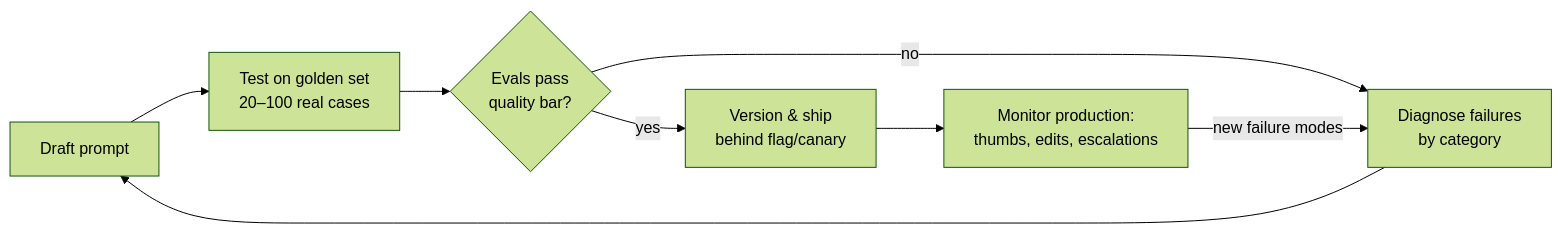
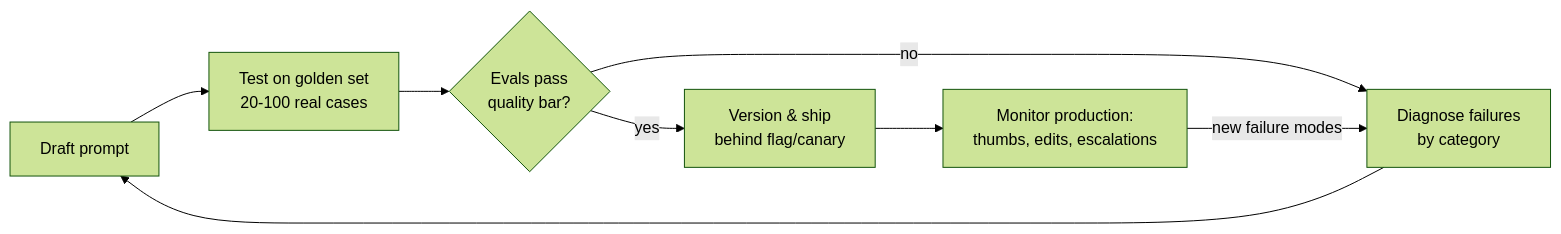
The second of 2 diagrams in 02-technical-depth/prompt-engineering.md (sugirdadinakar/AI-for-Product-Managers), drawn with Mermaid (forest theme) before and after one commit. The commit also changed other lines of this file and 59 other files, not shown here.

````diff
--- a/02-technical-depth/prompt-engineering.md
+++ b/02-technical-depth/prompt-engineering.md
@@ -77,9 +77,9 @@
 ```mermaid
 flowchart LR
-    A[Draft prompt] --> B[Test on golden set<br/>20–100 real cases]
+    A[Draft prompt] --> B[Test on golden set<br/>20-100 real cases]
     B --> C{Evals pass<br/>quality bar?}
     C -- no --> D[Diagnose failures<br/>by category] --> A
     C -- yes --> E[Version & ship<br/>behind flag/canary]
     E --> F[Monitor production:<br/>thumbs, edits, escalations]
     F -->|new failure modes| D
 ```
````
